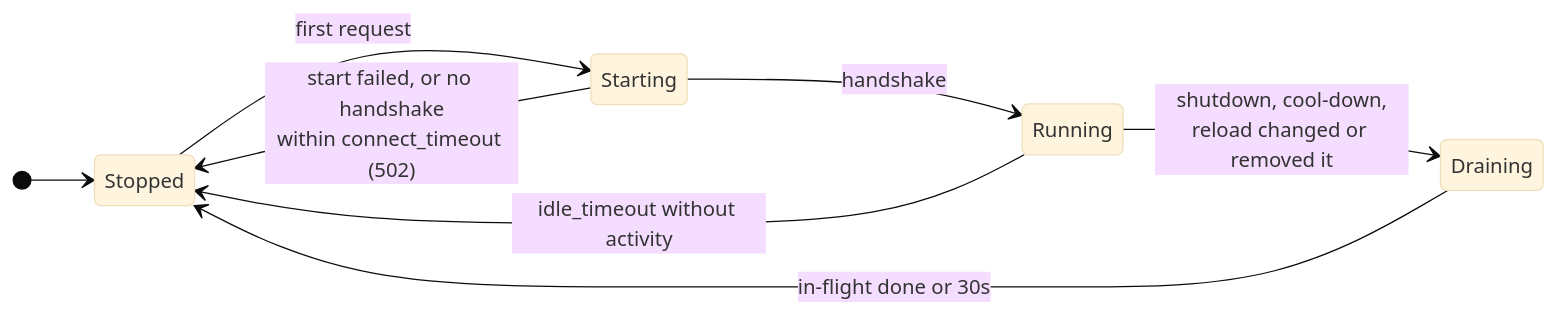
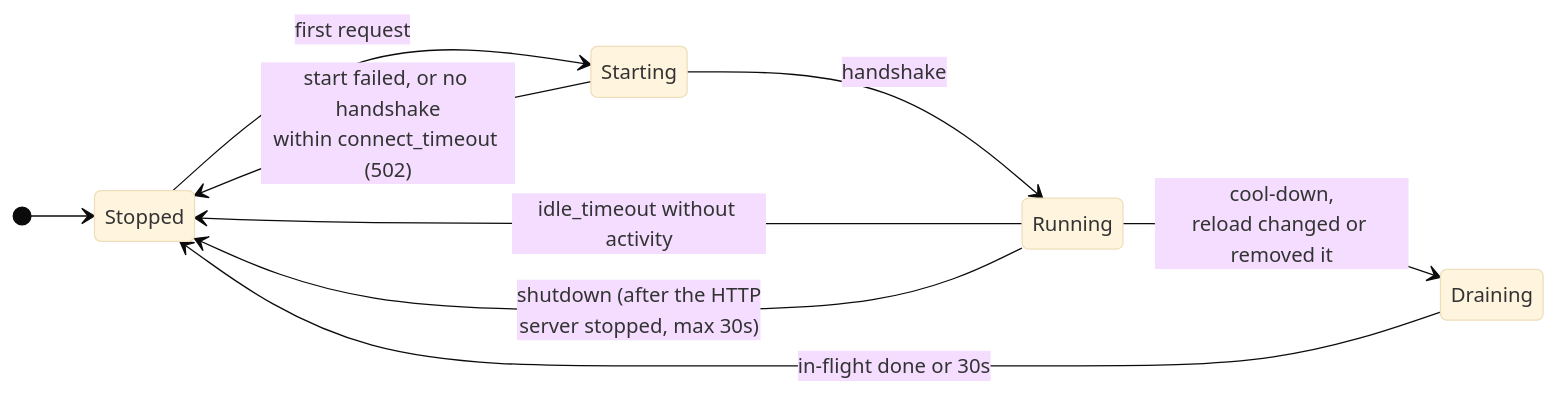
The fourth of 5 diagrams in docs/architecture.md (KingOfKalk/wg-stream-proxy), drawn with Mermaid (base theme) before and after one commit. The commit also changed other lines of this file and 23 other files, not shown here.

````diff
--- a/docs/architecture.md
+++ b/docs/architecture.md
@@ -161,11 +161,12 @@
 ```mermaid
 stateDiagram-v2
     direction LR
     [*] --> Stopped
     Stopped --> Starting: first request
     Starting --> Running: handshake
     Starting --> Stopped: start failed, or no handshake<br/>within connect_timeout (502)
     Running --> Stopped: idle_timeout without activity
-    Running --> Draining: shutdown, cool-down,<br/>reload changed or removed it
+    Running --> Draining: cool-down,<br/>reload changed or removed it
+    Running --> Stopped: shutdown (after the HTTP<br/>server stopped, max 30s)
     Draining --> Stopped: in-flight done or 30s
 ```
````
